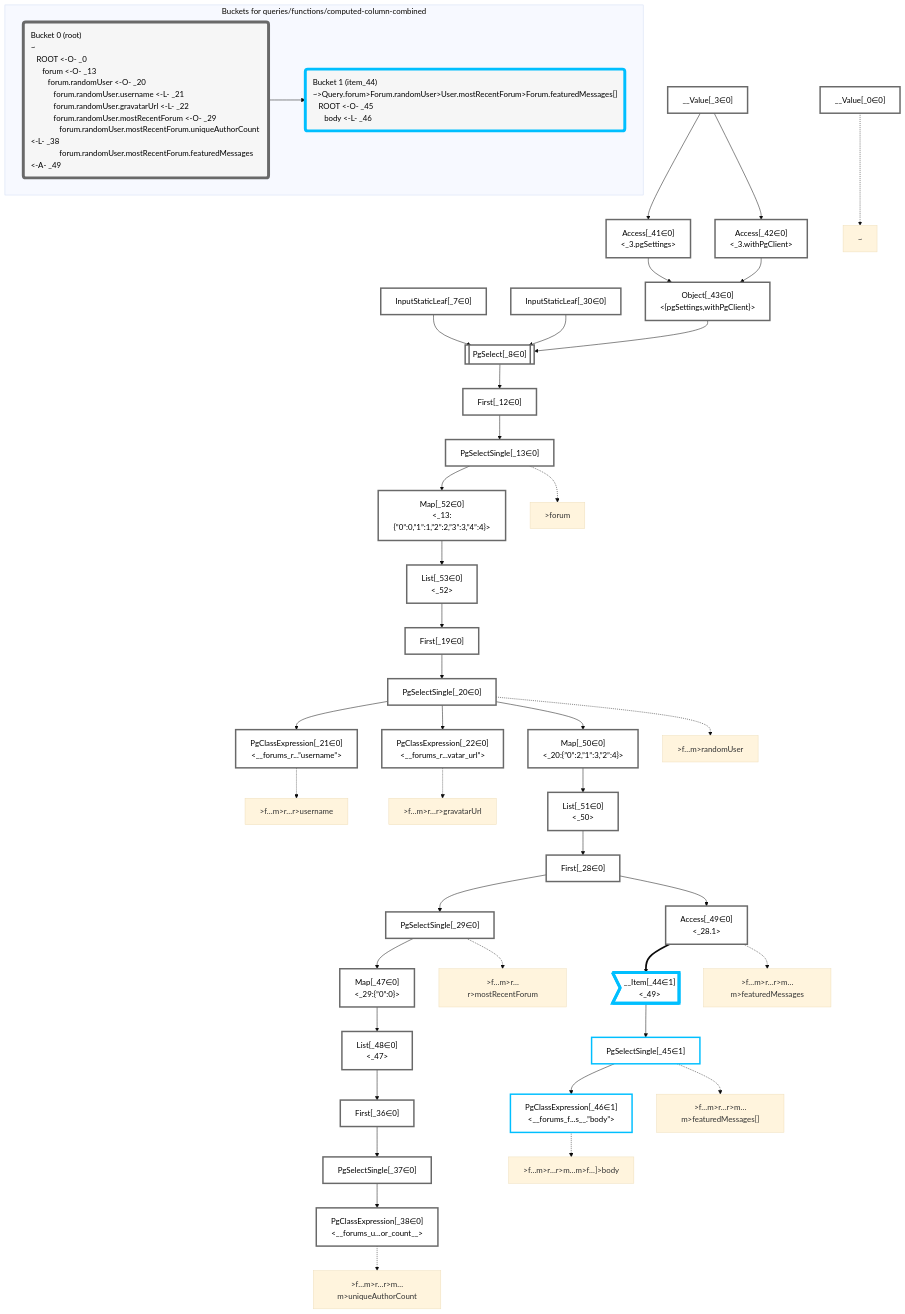
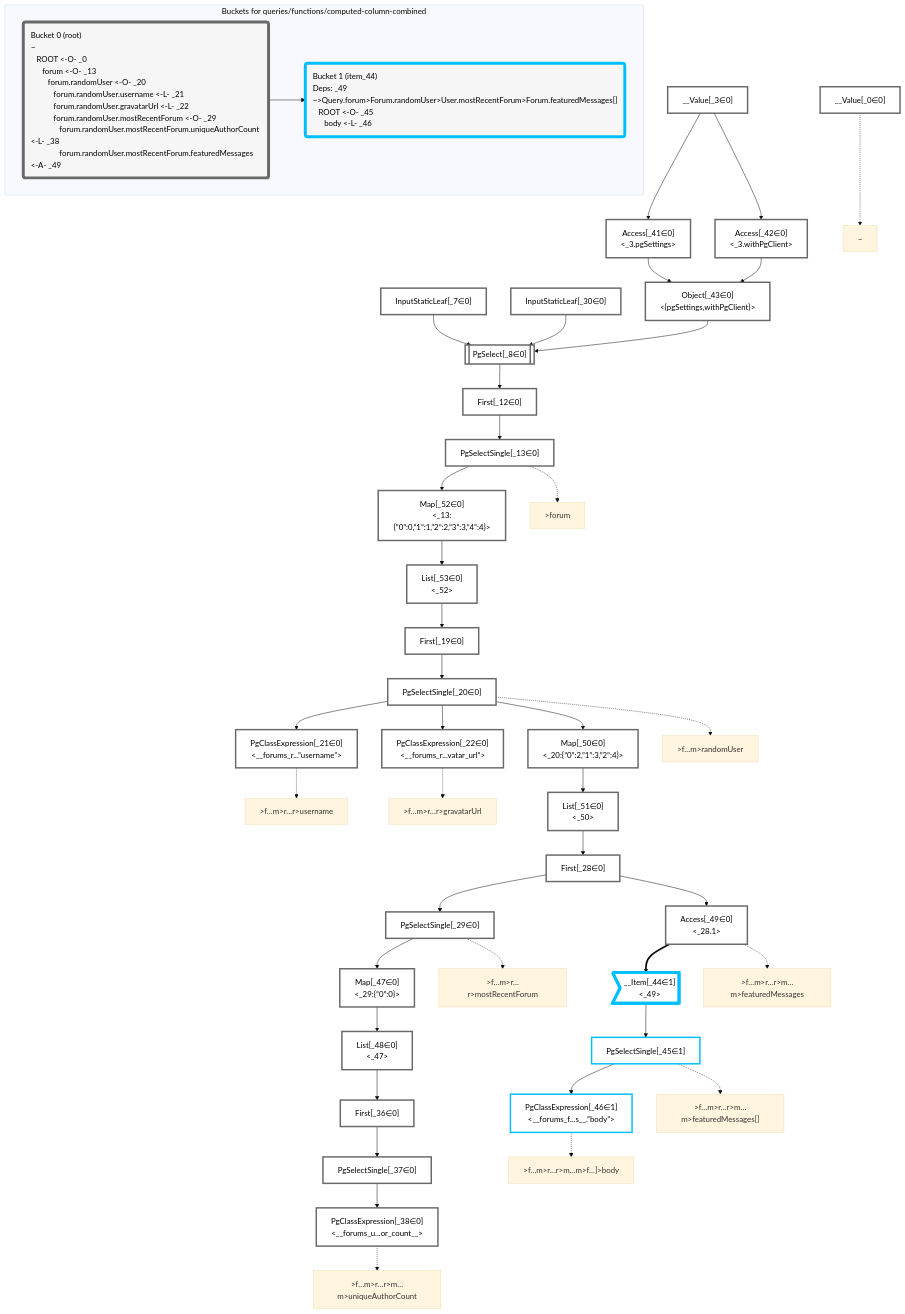
Before and after one commit to graphile/crystal: the diagram in packages/dataplan-pg/__tests__/queries/functions/computed-column-combined.mermaid.md, drawn with Mermaid (base theme). The commit also changed 157 other files, not shown here.

Commit message:
Add deps to all query snapshots

```diff
--- a/packages/dataplan-pg/__tests__/queries/functions/computed-column-combined.mermaid.md
+++ b/packages/dataplan-pg/__tests__/queries/functions/computed-column-combined.mermaid.md
@@ -99,7 +99,7 @@
     subgraph "Buckets for queries/functions/computed-column-combined"
     Bucket0("Bucket 0 (root)<br />~<br />⠀ROOT <-O- _0<br />⠀⠀forum <-O- _13<br />⠀⠀⠀forum.randomUser <-O- _20<br />⠀⠀⠀⠀forum.randomUser.username <-L- _21<br />⠀⠀⠀⠀forum.randomUser.gravatarUrl <-L- _22<br />⠀⠀⠀⠀forum.randomUser.mostRecentForum <-O- _29<br />⠀⠀⠀⠀⠀forum.randomUser.mostRecentForum.uniqueAuthorCount <-L- _38<br />⠀⠀⠀⠀⠀forum.randomUser.mostRecentForum.featuredMessages <-A- _49"):::bucket
     style Bucket0 stroke:#696969
-    Bucket1("Bucket 1 (item_44)<br />~>Query.forum>Forum.randomUser>User.mostRecentForum>Forum.featuredMessages[]<br />⠀ROOT <-O- _45<br />⠀⠀body <-L- _46"):::bucket
+    Bucket1("Bucket 1 (item_44)<br />Deps: _49<br />~>Query.forum>Forum.randomUser>User.mostRecentForum>Forum.featuredMessages[]<br />⠀ROOT <-O- _45<br />⠀⠀body <-L- _46"):::bucket
     style Bucket1 stroke:#00bfff
     Bucket0 --> Bucket1
     end
```
